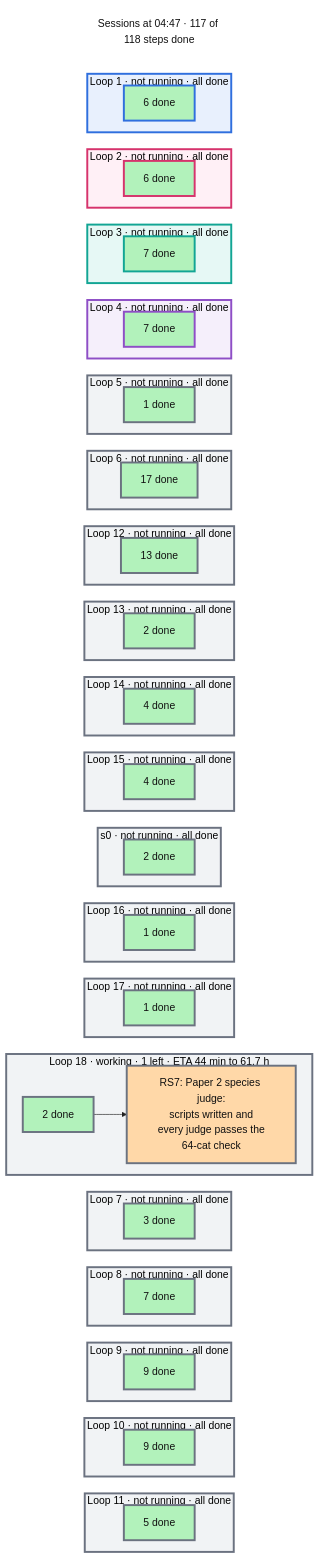
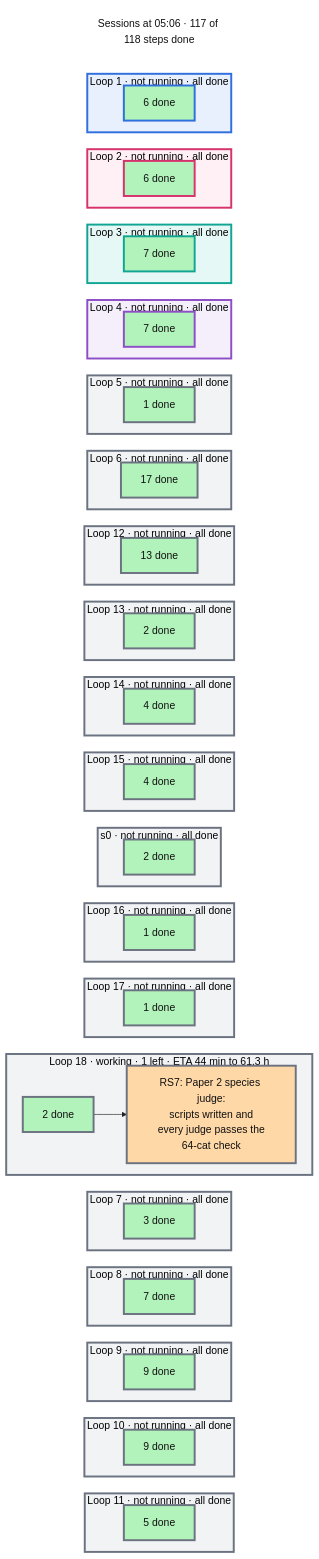
Before and after one commit to mo-rsa24/concept-composition: the diagram in artifacts/notes/progress/sessions.mmd, drawn with Mermaid. The commit also changed 9 other files, not shown here.

```diff
--- a/artifacts/notes/progress/sessions.mmd
+++ b/artifacts/notes/progress/sessions.mmd
@@ -1,124 +1,124 @@
 %%{init: {'theme': 'base', 'themeVariables': {'fontFamily': 'monospace', 'primaryColor': '#ffffff', 'primaryBorderColor': '#222222', 'primaryTextColor': '#111111', 'lineColor': '#222222'}, 'flowchart': {'nodeSpacing': 16, 'rankSpacing': 26}}}%%
 flowchart TB
   classDef done fill:#b2f2bb,color:#111111
   classDef doing fill:#ffd8a8,color:#111111
   classDef todo fill:#e9ecef,color:#111111
   classDef note fill:#ffffff,stroke:#c92a2a,stroke-dasharray:5 5,color:#c92a2a
-  now["Sessions at 04:47 · 117 of 118 steps done"]
+  now["Sessions at 05:06 · 117 of 118 steps done"]
   style now fill:#ffffff,stroke:#ffffff,color:#111111
   subgraph L0["Loop 1 · not running · all done"]
     direction LR
     d0["6 done"]:::done
   end
   subgraph L1["Loop 2 · not running · all done"]
     direction LR
     d1["6 done"]:::done
   end
   subgraph L2["Loop 3 · not running · all done"]
     direction LR
     d2["7 done"]:::done
   end
   subgraph L3["Loop 4 · not running · all done"]
     direction LR
     d3["7 done"]:::done
   end
   subgraph L4["Loop 5 · not running · all done"]
     direction LR
     d4["1 done"]:::done
   end
   subgraph L5["Loop 6 · not running · all done"]
     direction LR
     d5["17 done"]:::done
   end
   subgraph L6["Loop 12 · not running · all done"]
     direction LR
     d6["13 done"]:::done
   end
   subgraph L7["Loop 13 · not running · all done"]
     direction LR
     d7["2 done"]:::done
   end
   subgraph L8["Loop 14 · not running · all done"]
     direction LR
     d8["4 done"]:::done
   end
   subgraph L9["Loop 15 · not running · all done"]
     direction LR
     d9["4 done"]:::done
   end
   subgraph L10["s0 · not running · all done"]
     direction LR
     d10["2 done"]:::done
   end
   subgraph L11["Loop 16 · not running · all done"]
     direction LR
     d11["1 done"]:::done
   end
   subgraph L12["Loop 17 · not running · all done"]
     direction LR
     d12["1 done"]:::done
   end
-  subgraph L13["Loop 18 · working · 1 left · ETA 44 min to 61.7 h"]
+  subgraph L13["Loop 18 · working · 1 left · ETA 44 min to 61.3 h"]
     direction LR
     d13["2 done"]:::done --> n_RS7["RS7: Paper 2 species judge:<br/>scripts written and<br/>every judge passes the<br/>64-cat check"]:::doing
   end
   subgraph L14["Loop 7 · not running · all done"]
     direction LR
     d14["3 done"]:::done
   end
   subgraph L15["Loop 8 · not running · all done"]
     direction LR
     d15["7 done"]:::done
   end
   subgraph L16["Loop 9 · not running · all done"]
     direction LR
     d16["9 done"]:::done
   end
   subgraph L17["Loop 10 · not running · all done"]
     direction LR
     d17["9 done"]:::done
   end
   subgraph L18["Loop 11 · not running · all done"]
     direction LR
     d18["5 done"]:::done
   end
   now ~~~ L0 ~~~ L1 ~~~ L2 ~~~ L3 ~~~ L4 ~~~ L5 ~~~ L6 ~~~ L7 ~~~ L8 ~~~ L9 ~~~ L10 ~~~ L11 ~~~ L12 ~~~ L13 ~~~ L14 ~~~ L15 ~~~ L16 ~~~ L17 ~~~ L18
   style L0 fill:#e8f0fd,stroke:#2f6fde,stroke-width:3px
   style d0 stroke:#2f6fde,stroke-width:3px
   style L1 fill:#fff0f6,stroke:#d6336c,stroke-width:3px
   style d1 stroke:#d6336c,stroke-width:3px
   style L2 fill:#e6f8f5,stroke:#12a594,stroke-width:3px
   style d2 stroke:#12a594,stroke-width:3px
   style L3 fill:#f5effb,stroke:#8e4ec6,stroke-width:3px
   style d3 stroke:#8e4ec6,stroke-width:3px
   style L4 fill:#f1f3f5,stroke:#6b7280,stroke-width:3px
   style d4 stroke:#6b7280,stroke-width:3px
   style L5 fill:#f1f3f5,stroke:#6b7280,stroke-width:3px
   style d5 stroke:#6b7280,stroke-width:3px
   style L6 fill:#f1f3f5,stroke:#6b7280,stroke-width:3px
   style d6 stroke:#6b7280,stroke-width:3px
   style L7 fill:#f1f3f5,stroke:#6b7280,stroke-width:3px
   style d7 stroke:#6b7280,stroke-width:3px
   style L8 fill:#f1f3f5,stroke:#6b7280,stroke-width:3px
   style d8 stroke:#6b7280,stroke-width:3px
   style L9 fill:#f1f3f5,stroke:#6b7280,stroke-width:3px
   style d9 stroke:#6b7280,stroke-width:3px
   style L10 fill:#f1f3f5,stroke:#6b7280,stroke-width:3px
   style d10 stroke:#6b7280,stroke-width:3px
   style L11 fill:#f1f3f5,stroke:#6b7280,stroke-width:3px
   style d11 stroke:#6b7280,stroke-width:3px
   style L12 fill:#f1f3f5,stroke:#6b7280,stroke-width:3px
   style d12 stroke:#6b7280,stroke-width:3px
   style L13 fill:#f1f3f5,stroke:#6b7280,stroke-width:3px
   style d13 stroke:#6b7280,stroke-width:3px
   style n_RS7 stroke:#6b7280,stroke-width:3px
   style L14 fill:#f1f3f5,stroke:#6b7280,stroke-width:3px
   style d14 stroke:#6b7280,stroke-width:3px
   style L15 fill:#f1f3f5,stroke:#6b7280,stroke-width:3px
   style d15 stroke:#6b7280,stroke-width:3px
   style L16 fill:#f1f3f5,stroke:#6b7280,stroke-width:3px
   style d16 stroke:#6b7280,stroke-width:3px
   style L17 fill:#f1f3f5,stroke:#6b7280,stroke-width:3px
   style d17 stroke:#6b7280,stroke-width:3px
   style L18 fill:#f1f3f5,stroke:#6b7280,stroke-width:3px
   style d18 stroke:#6b7280,stroke-width:3px
```
